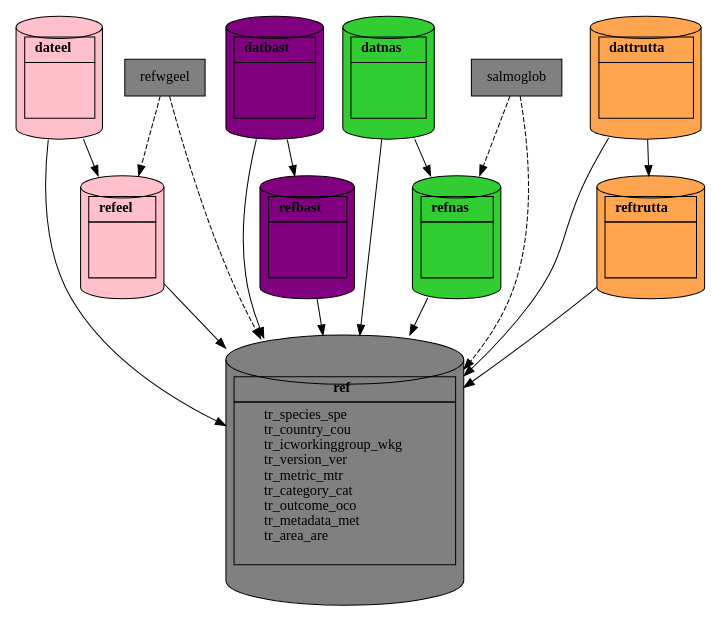
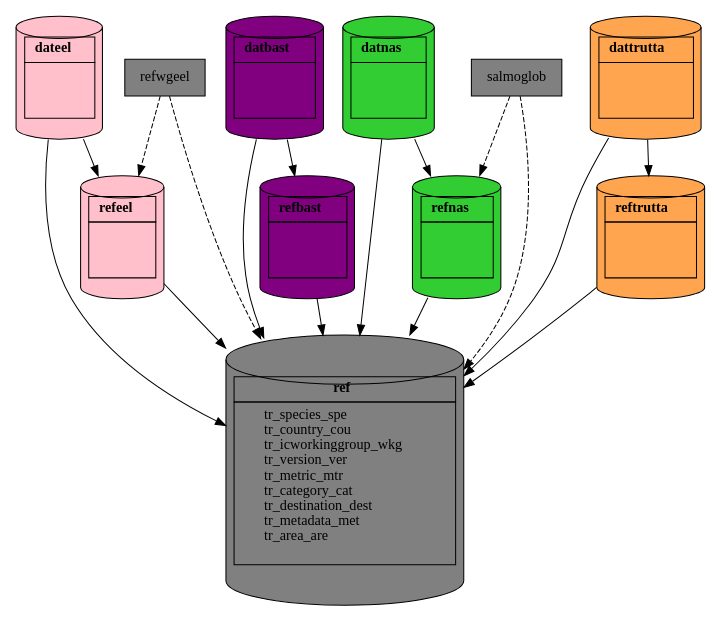
The first of 2 diagrams in R/midb.qmd (DIASPARAproject/WP3_migdb), drawn with Graphviz before and after one commit. The commit also changed other lines of this file and 2 other files, not shown here.

```diff
--- a/R/midb.qmd
+++ b/R/midb.qmd
@@ -294,7 +294,7 @@
         tr_version_ver <br align="left"/>
         tr_metric_mtr <br align="left"/>
         tr_category_cat <br align="left"/>
-        tr_outcome_oco <br align="left"/>
+        tr_destination_dest <br align="left"/>
         tr_metadata_met <br align="left"/>
         tr_area_are <br align="left"/> </td> </tr> 
        </table>> 
```
